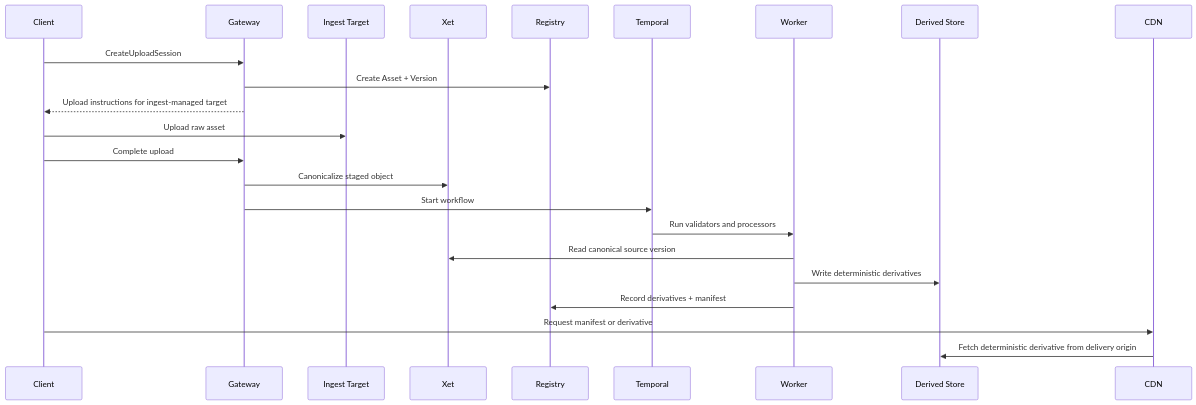
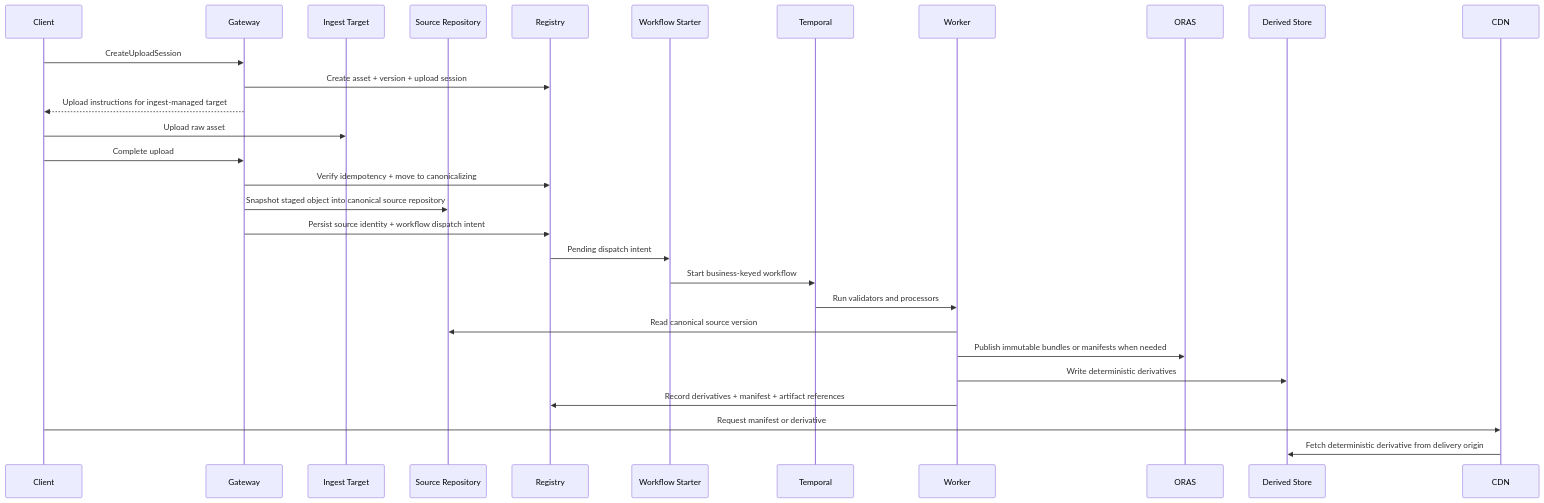
One commit to Yeusepe/cdngine changed the third of 9 diagrams in docs/architecture.md. Above: the diagram before and after it, drawn with Mermaid. The commit also changed other lines of this file and 33 other files, not shown here.

First line of the commit message:
Adopt canonical source repository and tiered storage

````diff
--- a/docs/architecture.md
+++ b/docs/architecture.md
@@ -193,26 +212,32 @@
 ```mermaid
 sequenceDiagram
     participant C as Client
     participant G as Gateway
     participant I as Ingest Target
-    participant O as Xet
+    participant O as Source Repository
     participant R as Registry
+    participant S as Workflow Starter
     participant T as Temporal
     participant W as Worker
+    participant A as ORAS
     participant D as Derived Store
     participant CDN as CDN
 
     C->>G: CreateUploadSession
-    G->>R: Create Asset + Version
+    G->>R: Create asset + version + upload session
     G-->>C: Upload instructions for ingest-managed target
     C->>I: Upload raw asset
     C->>G: Complete upload
-    G->>O: Canonicalize staged object
-    G->>T: Start workflow
+    G->>R: Verify idempotency + move to canonicalizing
+    G->>O: Snapshot staged object into canonical source repository
+    G->>R: Persist source identity + workflow dispatch intent
+    R->>S: Pending dispatch intent
+    S->>T: Start business-keyed workflow
     T->>W: Run validators and processors
     W->>O: Read canonical source version
+    W->>A: Publish immutable bundles or manifests when needed
     W->>D: Write deterministic derivatives
-    W->>R: Record derivatives + manifest
+    W->>R: Record derivatives + manifest + artifact references
     C->>CDN: Request manifest or derivative
     CDN->>D: Fetch deterministic derivative from delivery origin
 ```
````
